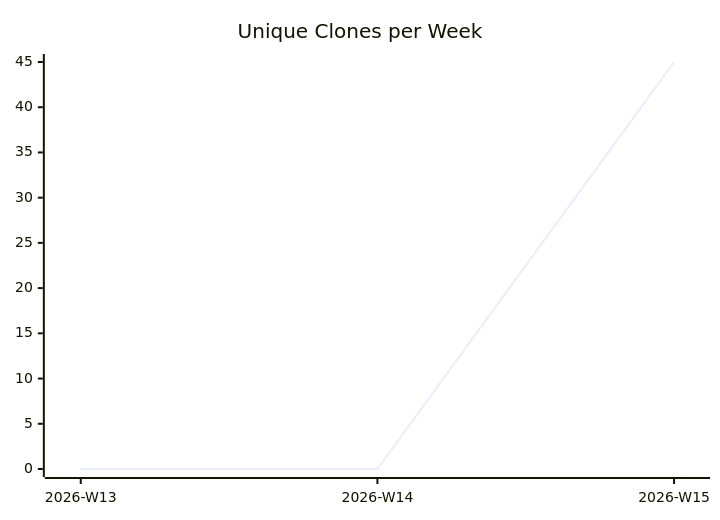
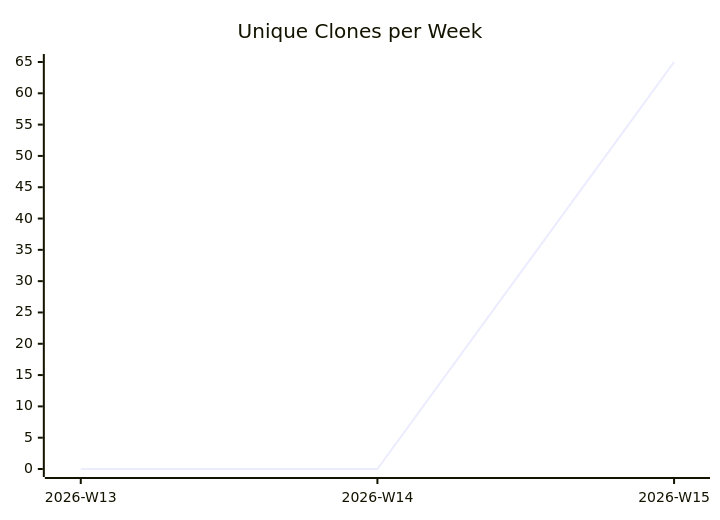
Before and after one commit to justdavis-family/github-analytics-data: the third of 3 diagrams in justdavis-family/github-analytics-data/README.md, drawn with Mermaid. The commit also changed other lines of this file and 192 other files, not shown here.

````diff
--- a/justdavis-family/github-analytics-data/README.md
+++ b/justdavis-family/github-analytics-data/README.md
@@ -19,6 +19,6 @@
 ```mermaid
 xychart-beta
   title "Unique Clones per Week"
   x-axis ["2026-W13", "2026-W14", "2026-W15"]
-  line [0, 0, 45]
+  line [0, 0, 65]
 ```
````
